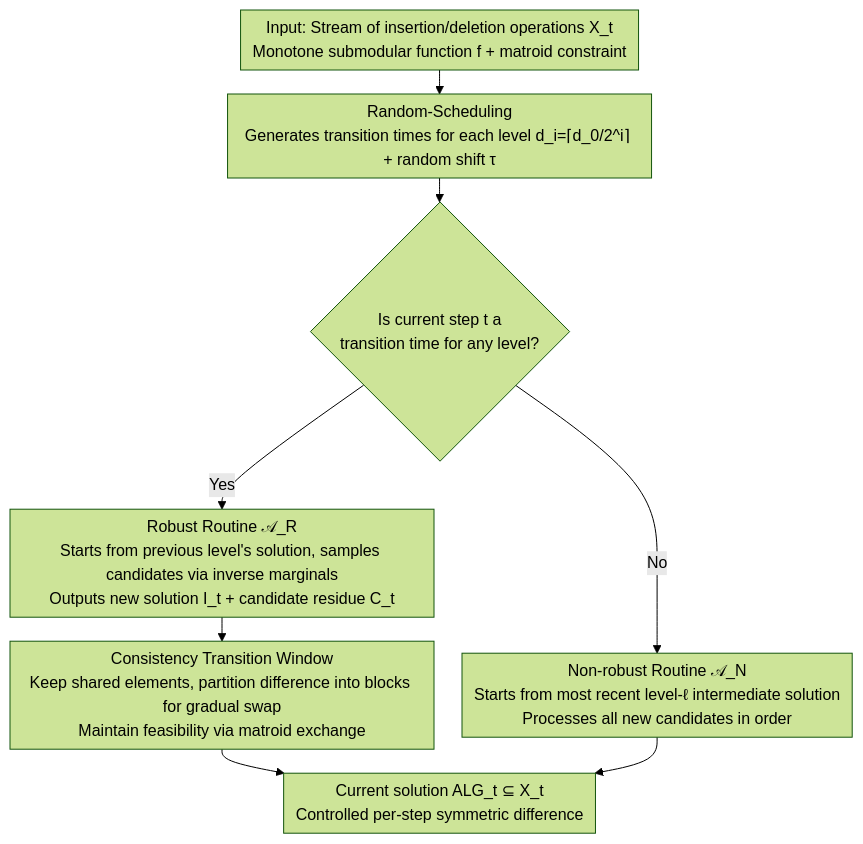
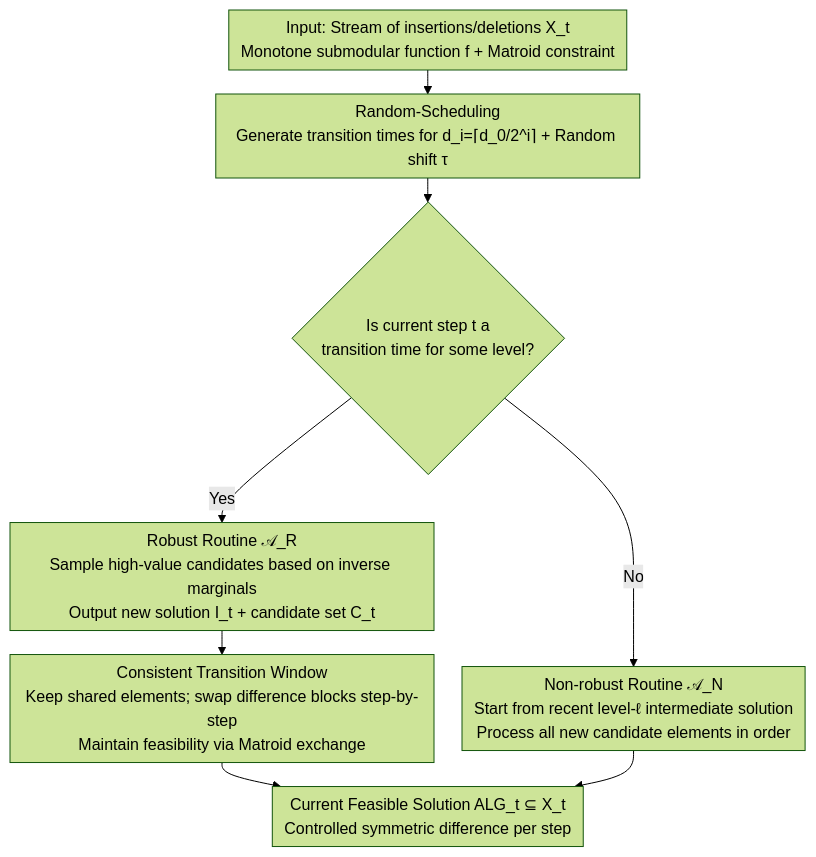
Before and after one commit to zhaoyang97/Paper-Notes-en: the diagram in docs/ICML2026/optimization/a_general_framework_for_dynamic_consistent_submodular_maximization.md, drawn with Mermaid (forest theme). The commit also changed other lines of this file and 5084 other files, not shown here.

````diff
--- a/docs/ICML2026/optimization/a_general_framework_for_dynamic_consistent_submodular_maximization.md
+++ b/docs/ICML2026/optimization/a_general_framework_for_dynamic_consistent_submodular_maximization.md
@@ -44,11 +44,11 @@
 ```mermaid
 %%{init: {'flowchart': {'rankSpacing': 24, 'nodeSpacing': 28, 'padding': 6, 'wrappingWidth': 400}}}%%
 flowchart TD
-    A["Input: Stream of insertion/deletion operations X_t<br/>Monotone submodular function f + matroid constraint"] --> B["Random-Scheduling<br/>Generates transition times for each level d_i=⌈d_0/2^i⌉ + random shift τ"]
-    B --> C{"Is current step t a<br/>transition time for any level?"}
-    C -->|Yes| D["Robust Routine 𝒜_R<br/>Starts from previous level's solution, samples candidates via inverse marginals<br/>Outputs new solution I_t + candidate residue C_t"]
-    D --> E["Consistency Transition Window<br/>Keep shared elements, partition difference into blocks for gradual swap<br/>Maintain feasibility via matroid exchange"]
-    C -->|No| F["Non-robust Routine 𝒜_N<br/>Starts from most recent level-ℓ intermediate solution<br/>Processes all new candidates in order"]
-    E --> G["Current solution ALG_t ⊆ X_t<br/>Controlled per-step symmetric difference"]
+    A["Input: Stream of insertions/deletions X_t<br/>Monotone submodular function f + Matroid constraint"] --> B["Random-Scheduling<br/>Generate transition times for d_i=⌈d_0/2^i⌉ + Random shift τ"]
+    B --> C{"Is current step t a<br/>transition time for some level?"}
+    C -->|Yes| D["Robust Routine 𝒜_R<br/>Sample high-value candidates based on inverse marginals<br/>Output new solution I_t + candidate set C_t"]
+    D --> E["Consistent Transition Window<br/>Keep shared elements; swap difference blocks step-by-step<br/>Maintain feasibility via Matroid exchange"]
+    C -->|No| F["Non-robust Routine 𝒜_N<br/>Start from recent level-ℓ intermediate solution<br/>Process all new candidate elements in order"]
+    E --> G["Current Feasible Solution ALG_t ⊆ X_t<br/>Controlled symmetric difference per step"]
     F --> G
 ```
````
